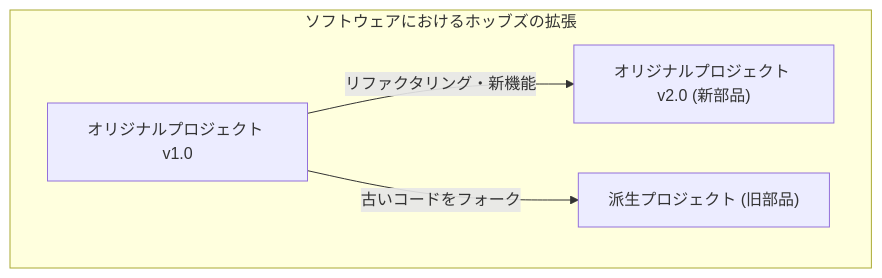
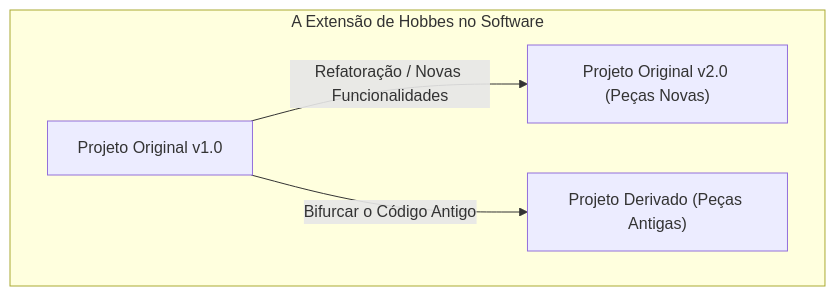
One commit to kenjinote/blog changed the fourth of 4 diagrams in content/post/ship-of-theseus/index.pt.md. Above: the diagram before and after it, drawn with Mermaid. The commit also changed other lines of this file and 28 other files, not shown here.

Commit message:
Translate Japanese text inside Mermaid diagrams to respective languages

````diff
--- a/content/post/ship-of-theseus/index.pt.md
+++ b/content/post/ship-of-theseus/index.pt.md
@@ -139,7 +139,7 @@
 ```mermaid
 graph TD
-    subgraph "ソフトウェアにおけるホッブズの拡張"
-        A["オリジナルプロジェクト v1.0"] -->|"リファクタリング・新機能"| B["オリジナルプロジェクト v2.0 (新部品)"]
-        A -->|"古いコードをフォーク"| C["派生プロジェクト (旧部品)"]
+    subgraph "A Extensão de Hobbes no Software"
+        A["Projeto Original v1.0"] -->|"Refatoração / Novas Funcionalidades"| B["Projeto Original v2.0 (Peças Novas)"]
+        A -->|"Bifurcar o Código Antigo"| C["Projeto Derivado (Peças Antigas)"]
     end
 ```
````
